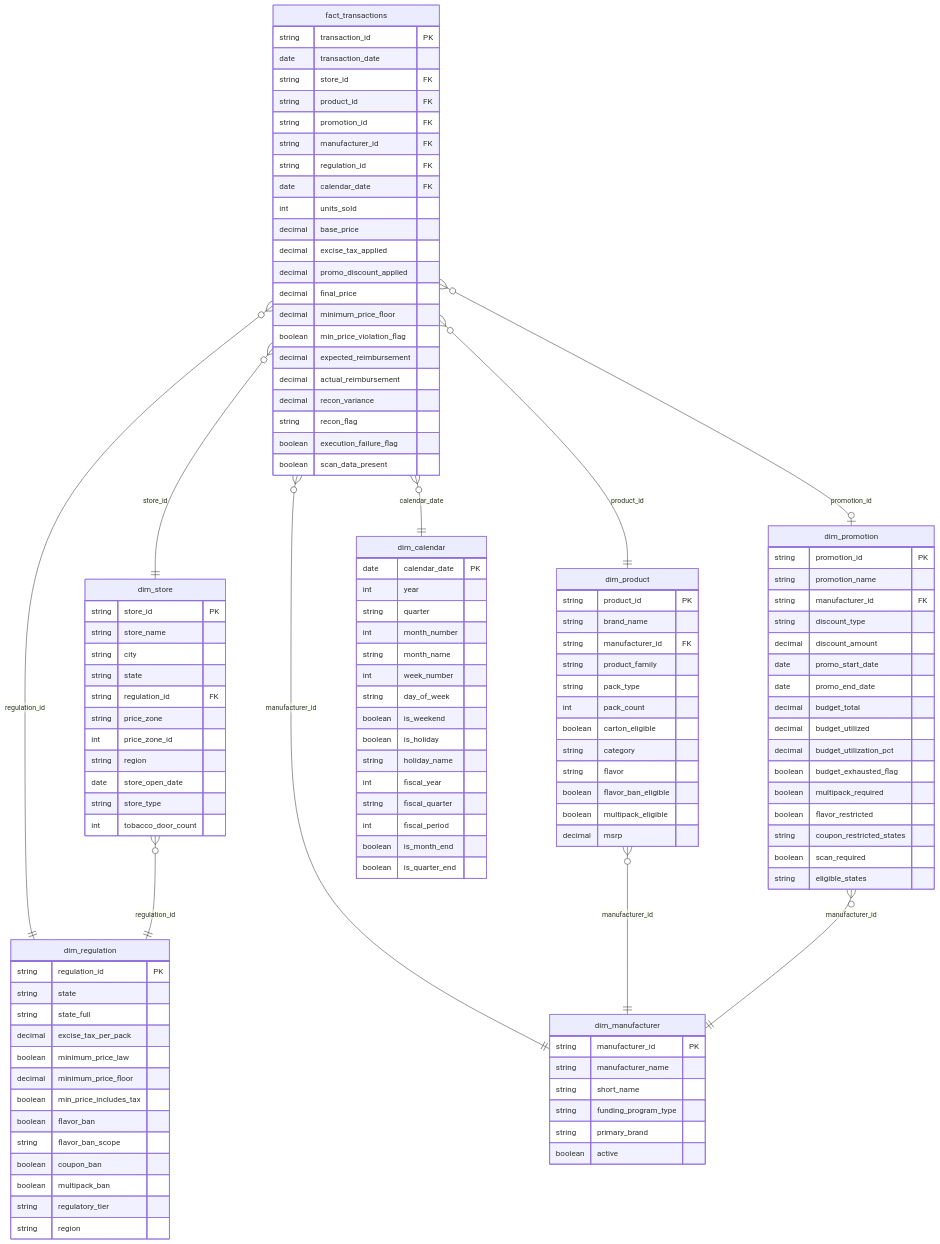
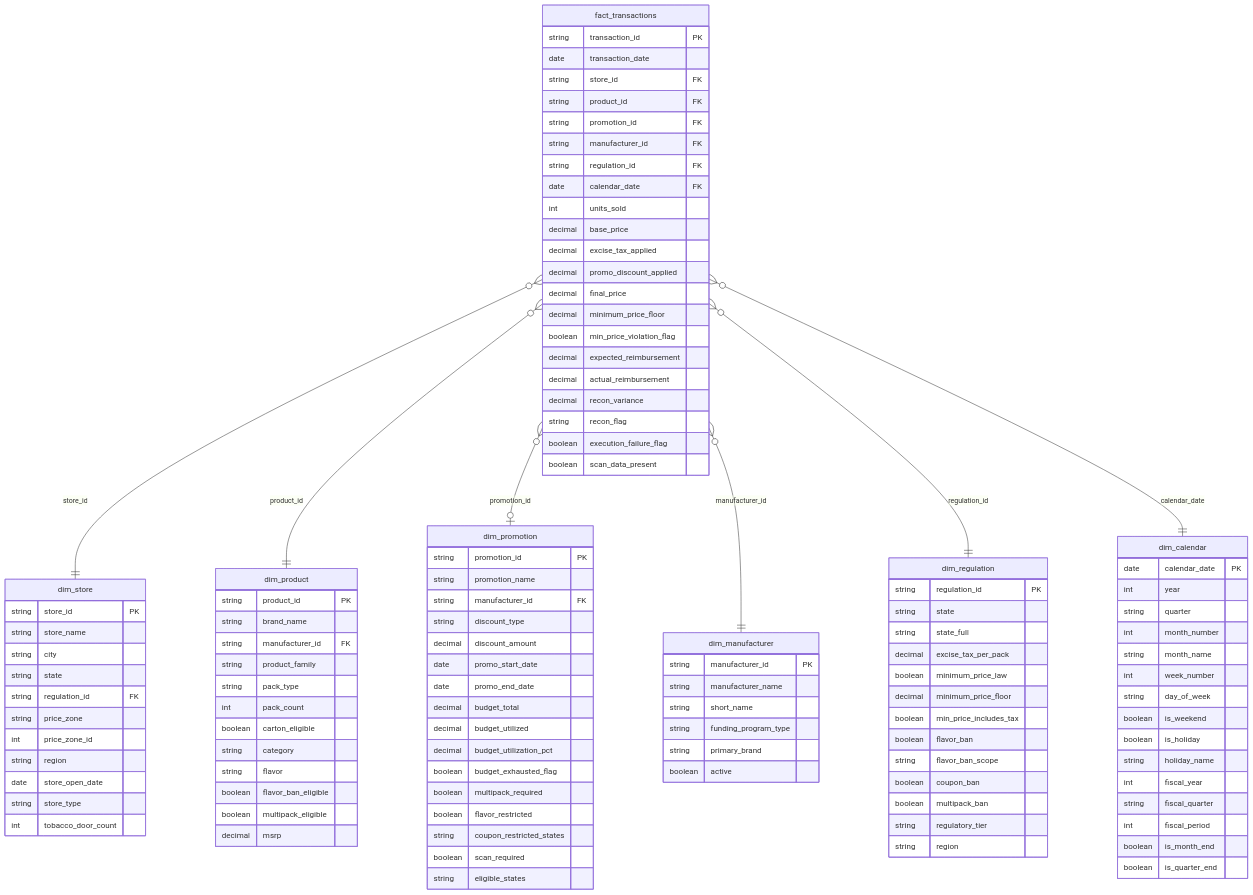
The diagram in docs/project_structure.md (chrisacannon/711-tobacco-promo-analysis), drawn with Mermaid before and after one commit. The commit also changed other lines of this file, not shown here.

````diff
--- a/docs/project_structure.md
+++ b/docs/project_structure.md
@@ -132,7 +132,4 @@
     fact_transactions }o--|| dim_manufacturer : "manufacturer_id"
     fact_transactions }o--|| dim_regulation : "regulation_id"
     fact_transactions }o--|| dim_calendar : "calendar_date"
-    dim_store }o--|| dim_regulation : "regulation_id"
-    dim_product }o--|| dim_manufacturer : "manufacturer_id"
-    dim_promotion }o--|| dim_manufacturer : "manufacturer_id"
 ```
````
